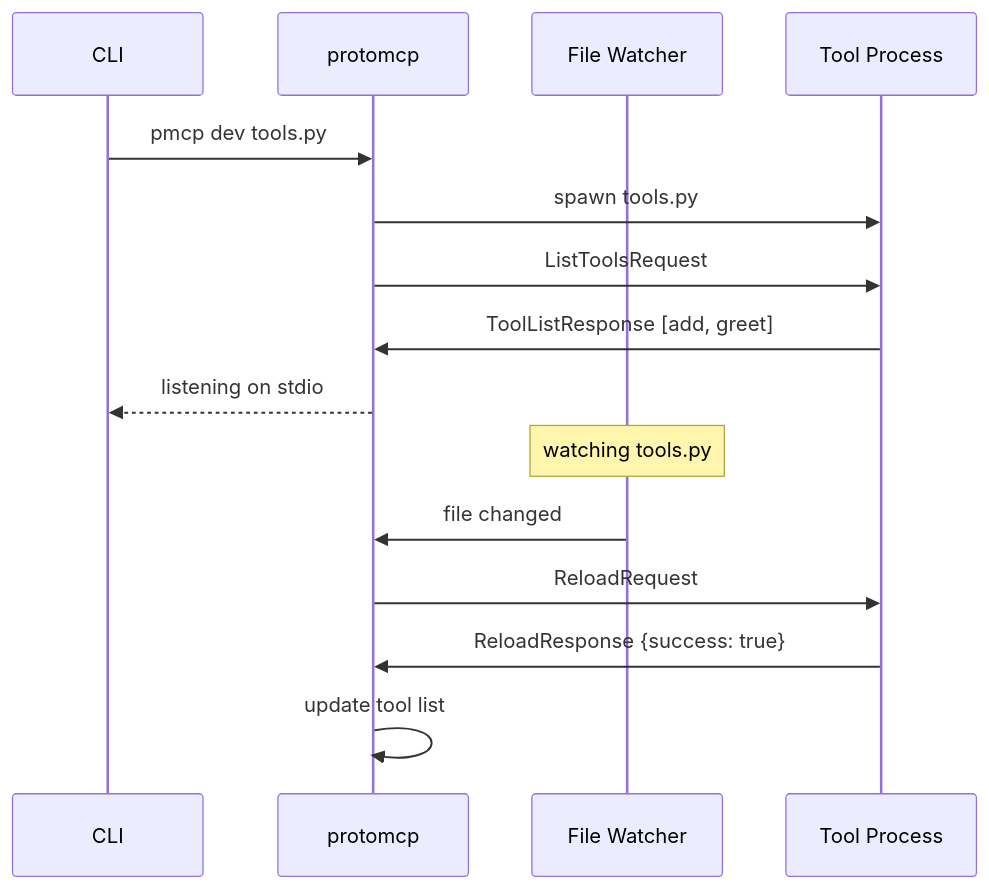
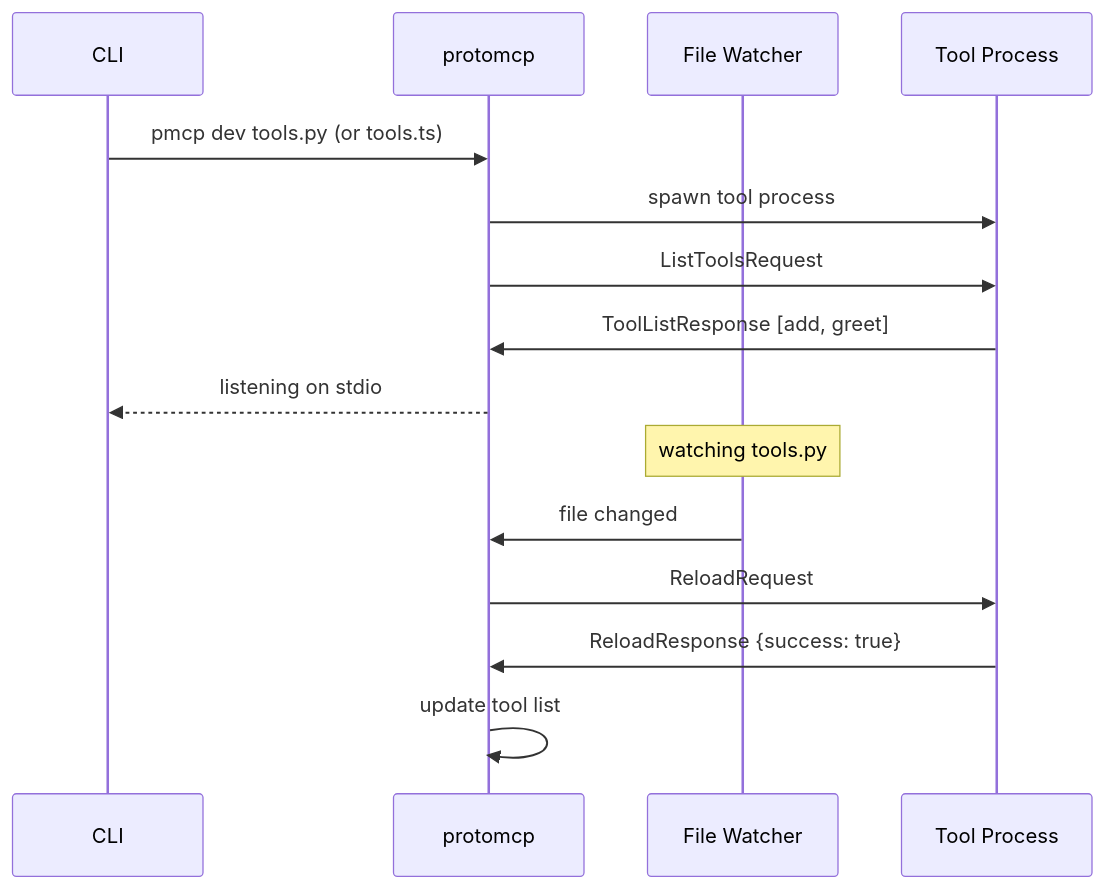
One commit to msilverblatt/protomcp changed the second of 4 diagrams in docs/src/content/docs/concepts/architecture.mdx. Above: the diagram before and after it, drawn with Mermaid. The commit also changed 10 other files, not shown here.

````diff
--- a/docs/src/content/docs/concepts/architecture.mdx
+++ b/docs/src/content/docs/concepts/architecture.mdx
@@ -70,18 +70,18 @@
 ```mermaid
 sequenceDiagram
     participant CLI
     participant G as protomcp
     participant W as File Watcher
     participant T as Tool Process
 
-    CLI->>G: pmcp dev tools.py
-    G->>T: spawn tools.py
+    CLI->>G: pmcp dev tools.py (or tools.ts)
+    G->>T: spawn tool process
     G->>T: ListToolsRequest
     T->>G: ToolListResponse [add, greet]
     G-->>CLI: listening on stdio
     Note over W: watching tools.py
     W->>G: file changed
     G->>T: ReloadRequest
     T->>G: ReloadResponse {success: true}
     G->>G: update tool list
 ```
````
